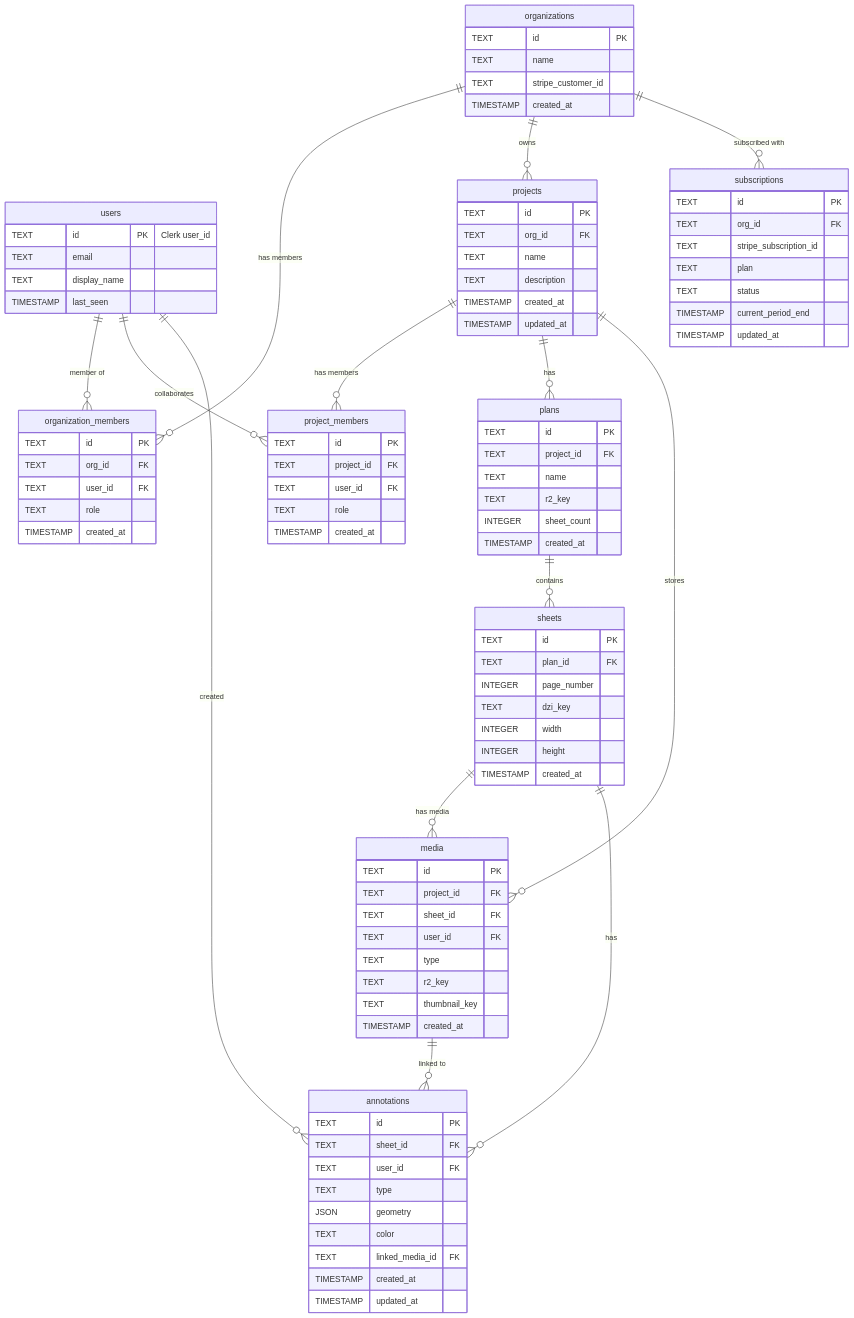
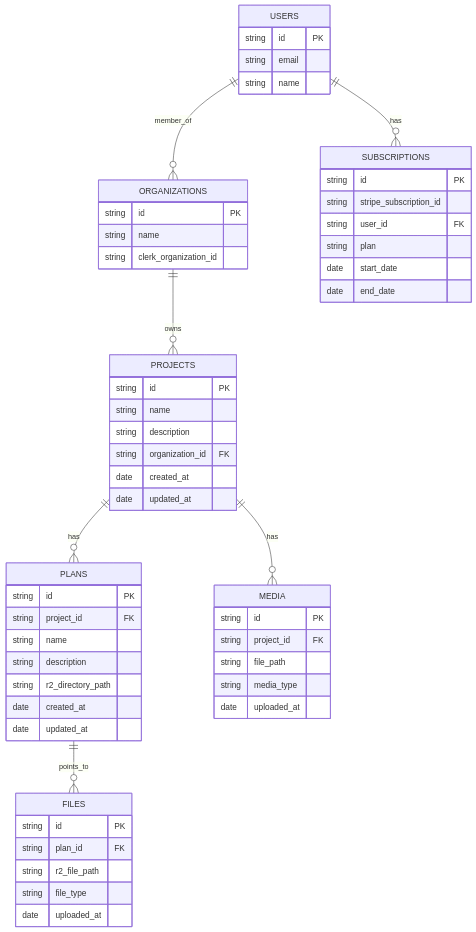
The diagram in docs/database.mermaid (Woody88/sitelink), drawn with Mermaid before and after one commit. The commit also changed 13 other files, not shown here.

```diff
--- a/docs/database.mermaid
+++ b/docs/database.mermaid
@@ -1,107 +1,67 @@
 erDiagram
+    %% Clerk-managed entities (external)
+    USERS ||--o{ ORGANIZATIONS : member_of
+    USERS ||--o{ SUBSCRIPTIONS : has
 
-    users {
-        TEXT id PK "Clerk user_id"
-        TEXT email
-        TEXT display_name
-        TIMESTAMP last_seen
+    %% Local D1 database entities
+    ORGANIZATIONS ||--o{ PROJECTS : owns
+    PROJECTS ||--o{ PLANS : has
+    PLANS ||--o{ FILES : points_to
+    PROJECTS ||--o{ MEDIA : has
+
+    %% Entity definitions
+    USERS {
+        string id PK
+        string email
+        string name
     }
 
-    organizations {
-        TEXT id PK
-        TEXT name
-        TEXT stripe_customer_id
-        TIMESTAMP created_at
+    ORGANIZATIONS {
+        string id PK
+        string name
+        string clerk_organization_id
     }
 
-    organization_members {
-        TEXT id PK
-        TEXT org_id FK
-        TEXT user_id FK
-        TEXT role
-        TIMESTAMP created_at
+    SUBSCRIPTIONS {
+        string id PK
+        string stripe_subscription_id
+        string user_id FK
+        string plan
+        date start_date
+        date end_date
     }
 
-    projects {
-        TEXT id PK
-        TEXT org_id FK
-        TEXT name
-        TEXT description
-        TIMESTAMP created_at
-        TIMESTAMP updated_at
+    PROJECTS {
+        string id PK
+        string name
+        string description
+        string organization_id FK
+        date created_at
+        date updated_at
     }
 
-    project_members {
-        TEXT id PK
-        TEXT project_id FK
-        TEXT user_id FK
-        TEXT role
-        TIMESTAMP created_at
+    PLANS {
+        string id PK
+        string project_id FK
+        string name
+        string description
+        string r2_directory_path
+        date created_at
+        date updated_at
     }
 
-    plans {
-        TEXT id PK
-        TEXT project_id FK
-        TEXT name
-        TEXT r2_key
-        INTEGER sheet_count
-        TIMESTAMP created_at
+    FILES {
+        string id PK
+        string plan_id FK
+        string r2_file_path
+        string file_type
+        date uploaded_at
     }
 
-    sheets {
-        TEXT id PK
-        TEXT plan_id FK
-        INTEGER page_number
-        TEXT dzi_key
-        INTEGER width
-        INTEGER height
-        TIMESTAMP created_at
+    MEDIA {
+        string id PK
+        string project_id FK
+        string file_path
+        string media_type
+        date uploaded_at
     }
-
-    media {
-        TEXT id PK
-        TEXT project_id FK
-        TEXT sheet_id FK
-        TEXT user_id FK
-        TEXT type
-        TEXT r2_key
-        TEXT thumbnail_key
-        TIMESTAMP created_at
-    }
-
-    annotations {
-        TEXT id PK
-        TEXT sheet_id FK
-        TEXT user_id FK
-        TEXT type
-        JSON geometry
-        TEXT color
-        TEXT linked_media_id FK
-        TIMESTAMP created_at
-        TIMESTAMP updated_at
-    }
-
-    subscriptions {
-        TEXT id PK
-        TEXT org_id FK
-        TEXT stripe_subscription_id
-        TEXT plan
-        TEXT status
-        TIMESTAMP current_period_end
-        TIMESTAMP updated_at
-    }
-
-    %% Relationships
-    users ||--o{ organization_members : "member of"
-    organizations ||--o{ organization_members : "has members"
-    organizations ||--o{ projects : "owns"
-    projects ||--o{ project_members : "has members"
-    users ||--o{ project_members : "collaborates"
-    projects ||--o{ plans : "has"
-    plans ||--o{ sheets : "contains"
-    projects ||--o{ media : "stores"
-    sheets ||--o{ media : "has media"
-    sheets ||--o{ annotations : "has"
-    users ||--o{ annotations : "created"
-    media ||--o{ annotations : "linked to"
-    organizations ||--o{ subscriptions : "subscribed with"
```
